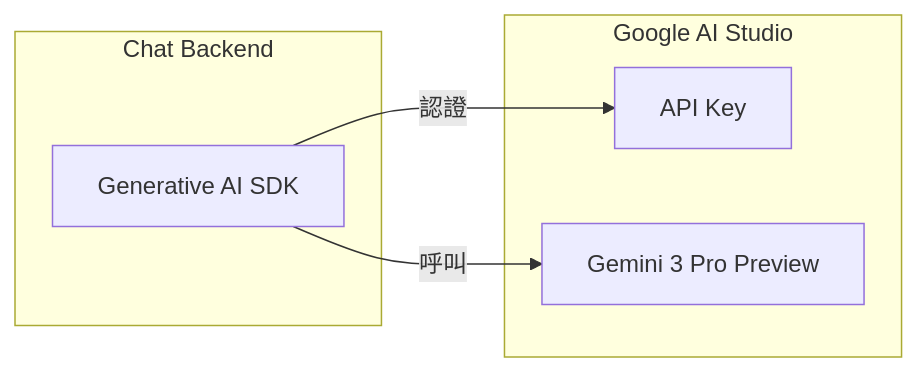
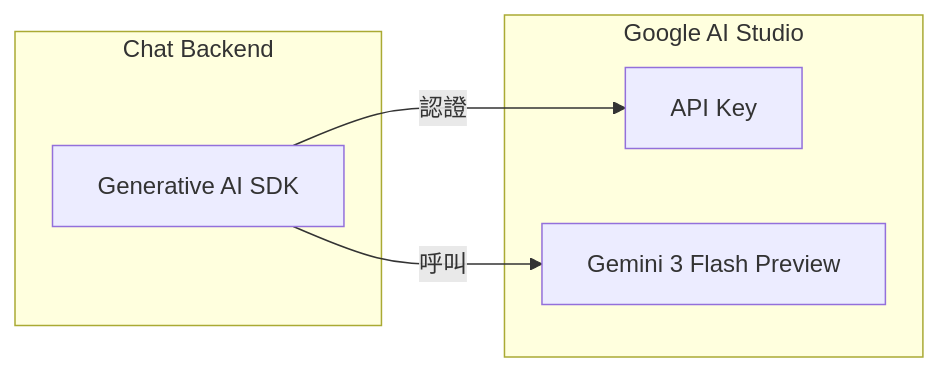
The second of 5 diagrams in docs/10-deployment.md (skipandsnow/toastlabplus), drawn with Mermaid before and after one commit. The commit also changed other lines of this file and 8 other files, not shown here.

````diff
--- a/docs/10-deployment.md
+++ b/docs/10-deployment.md
@@ -94,14 +94,14 @@
 ```mermaid
 flowchart LR
     subgraph GoogleAI ["Google AI Studio"]
         APIKey["API Key"]
-        Model["Gemini 3 Pro Preview"]
+        Model["Gemini 3 Flash Preview"]
     end
     
     subgraph ChatBackend ["Chat Backend"]
         SDK["Generative AI SDK"]
     end
     
     SDK -->|"認證"| APIKey
     SDK -->|"呼叫"| Model
 ```
````
